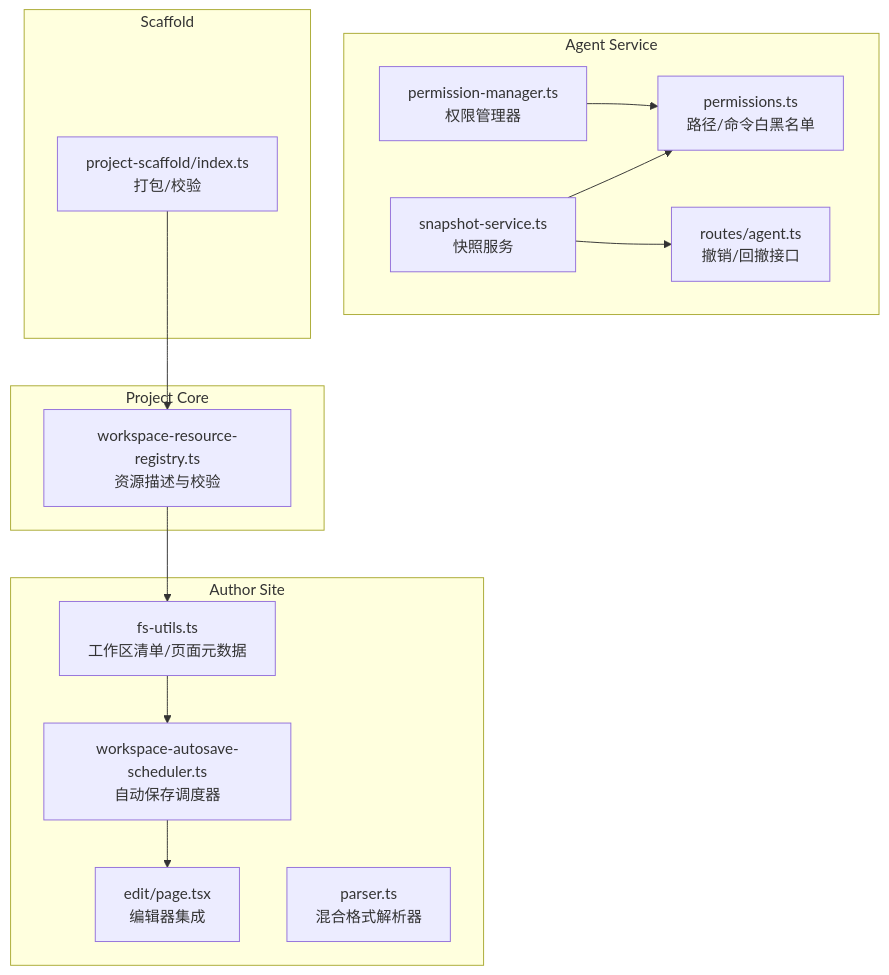
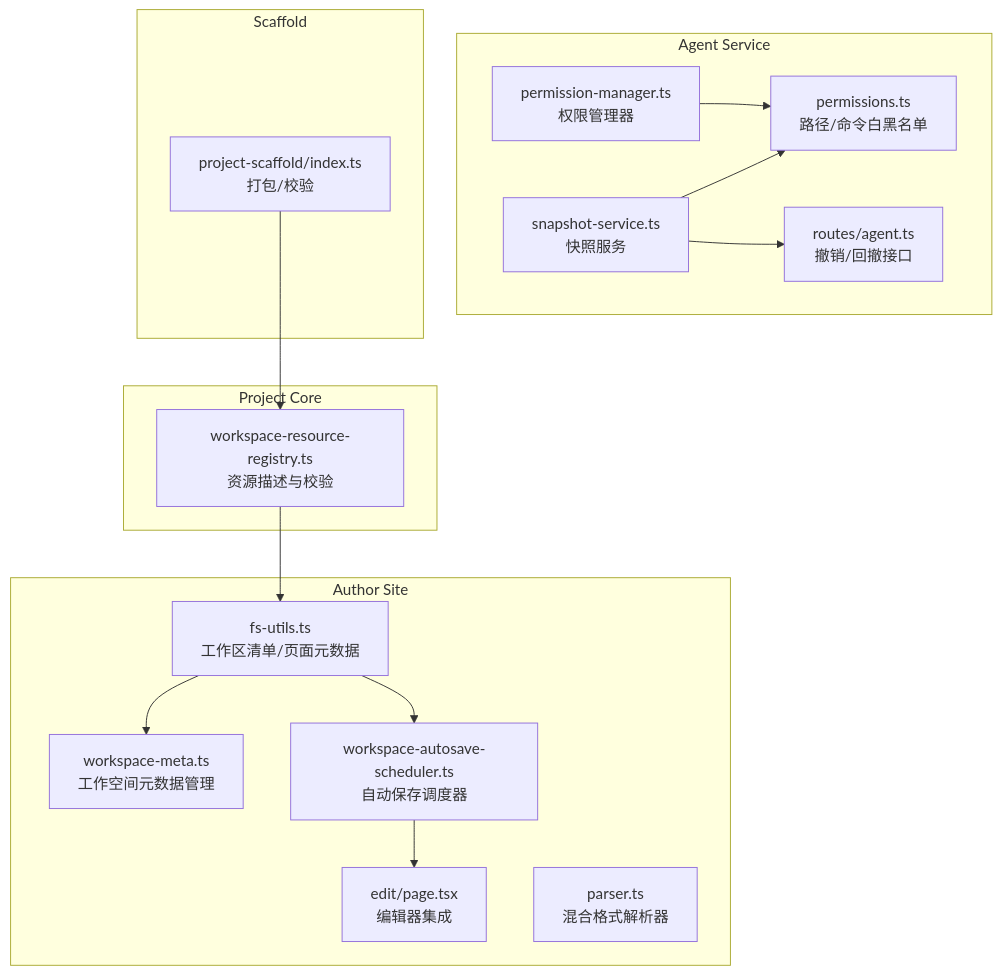
Before and after one commit to qihaogithub/workbench: the first of 12 diagrams in .qoder/repowiki/zh/content/核心服务/项目管理核心/文件系统抽象层.md, drawn with Mermaid. The commit also changed other lines of this file and 476 other files, not shown here.

````diff
--- a/.qoder/repowiki/zh/content/核心服务/项目管理核心/文件系统抽象层.md
+++ b/.qoder/repowiki/zh/content/核心服务/项目管理核心/文件系统抽象层.md
@@ -46,28 +54,30 @@
 ```mermaid
 graph TB
 subgraph "Author Site"
 FSU["fs-utils.ts<br/>工作区清单/页面元数据"]
+WASM["workspace-meta.ts<br/>工作空间元数据管理"]
 WAS["workspace-autosave-scheduler.ts<br/>自动保存调度器"]
 EDIT["edit/page.tsx<br/>编辑器集成"]
 PARSER["parser.ts<br/>混合格式解析器"]
 end
 subgraph "Agent Service"
 SNAP["snapshot-service.ts<br/>快照服务"]
 PMGR["permission-manager.ts<br/>权限管理器"]
 PERM["permissions.ts<br/>路径/命令白黑名单"]
 ROUTE["routes/agent.ts<br/>撤销/回撤接口"]
 end
 subgraph "Project Core"
 REG["workspace-resource-registry.ts<br/>资源描述与校验"]
 end
 subgraph "Scaffold"
 SCAFF["project-scaffold/index.ts<br/>打包/校验"]
 end
+FSU --> WASM
 FSU --> WAS
 WAS --> EDIT
 PMGR --> PERM
 SNAP --> PERM
 SNAP --> ROUTE
 REG --> FSU
 SCAFF --> REG
 ```
````
